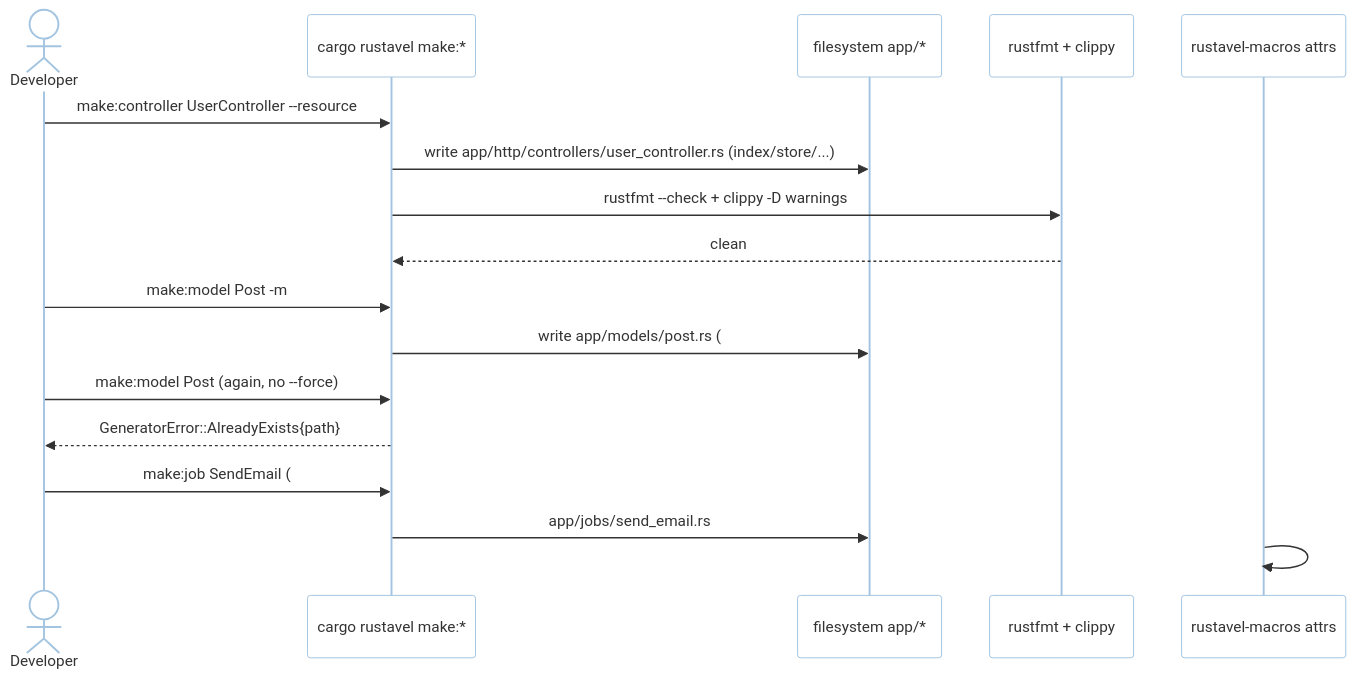
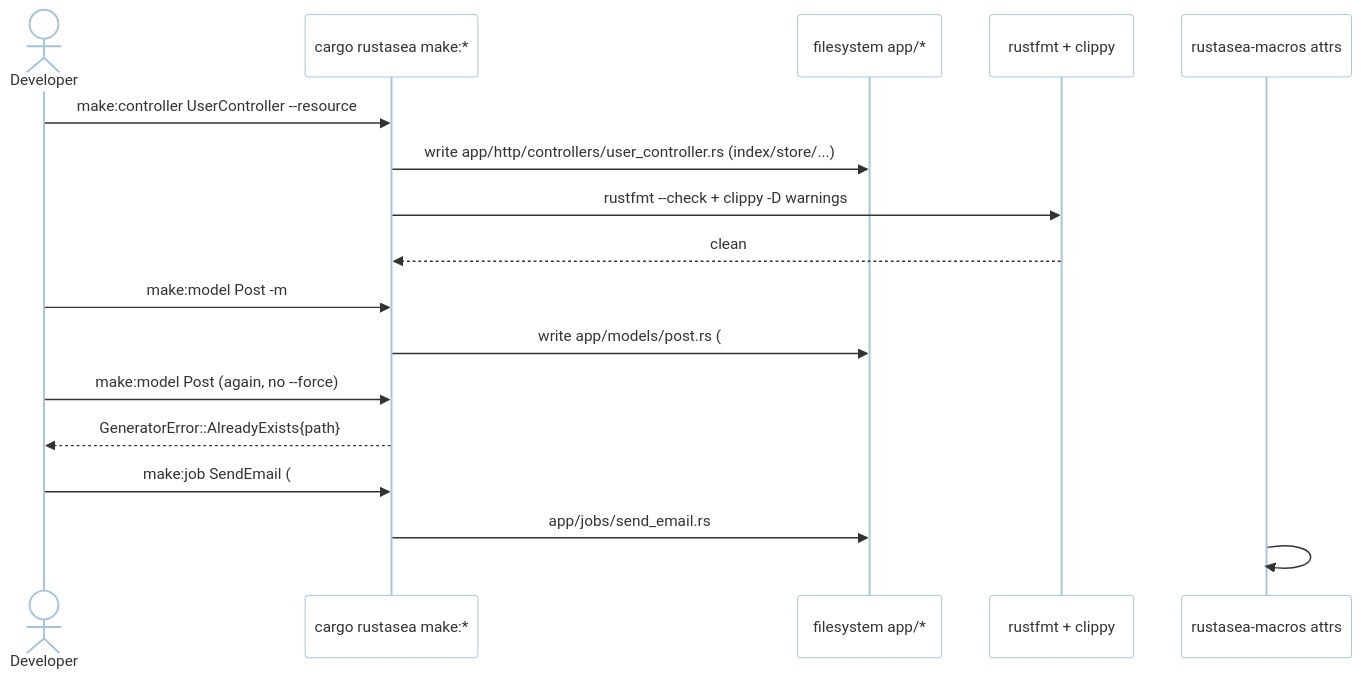
The first of 2 diagrams in .agents/documents/application/modules/developer-platform/generators.md (rustasea/rustasea), drawn with Mermaid before and after one commit. The commit also changed other lines of this file and 405 other files, not shown here.

````diff
--- a/.agents/documents/application/modules/developer-platform/generators.md
+++ b/.agents/documents/application/modules/developer-platform/generators.md
@@ -25,21 +25,21 @@
 ```mermaid
 %%{init: {"theme": "base", "themeVariables": {"background": "#ffffff", "mainBkg": "#ffffff", "primaryColor": "#bbdefb", "secondaryColor": "#fff9c4", "tertiaryColor": "#c8e6c9"}}}%%
 sequenceDiagram
     actor Dev as Developer
-    participant CLI as cargo rustavel make:*
+    participant CLI as cargo rustasea make:*
     participant FS as filesystem app/*
     participant Fmt as rustfmt + clippy
-    participant Macro as rustavel-macros attrs
+    participant Macro as rustasea-macros attrs
 
     Dev->>CLI: make:controller UserController --resource
     CLI->>FS: write app/http/controllers/user_controller.rs (index/store/...)
     CLI->>Fmt: rustfmt --check + clippy -D warnings
     Fmt-->>CLI: clean
     Dev->>CLI: make:model Post -m
     CLI->>FS: write app/models/post.rs (#[derive(Model)]) + migration
     Dev->>CLI: make:model Post (again, no --force)
     CLI-->>Dev: GeneratorError::AlreadyExists{path}
     Dev->>CLI: make:job SendEmail (#[tries(3)])
     CLI->>FS: app/jobs/send_email.rs
     Macro->>Macro: #[tries(3)] expand -> ShouldRetry wins with warning
 ```
````
